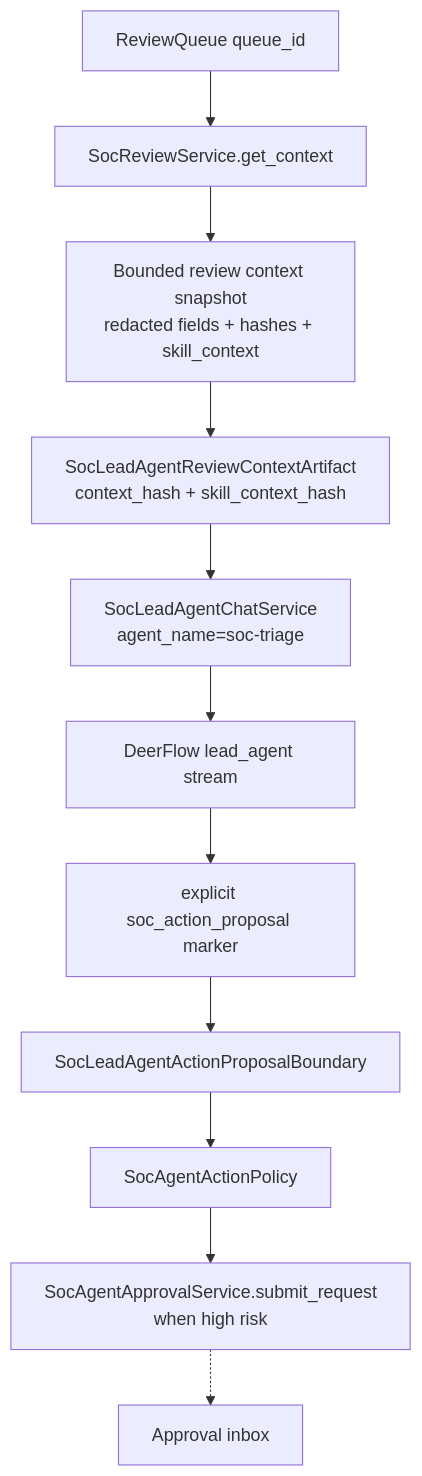
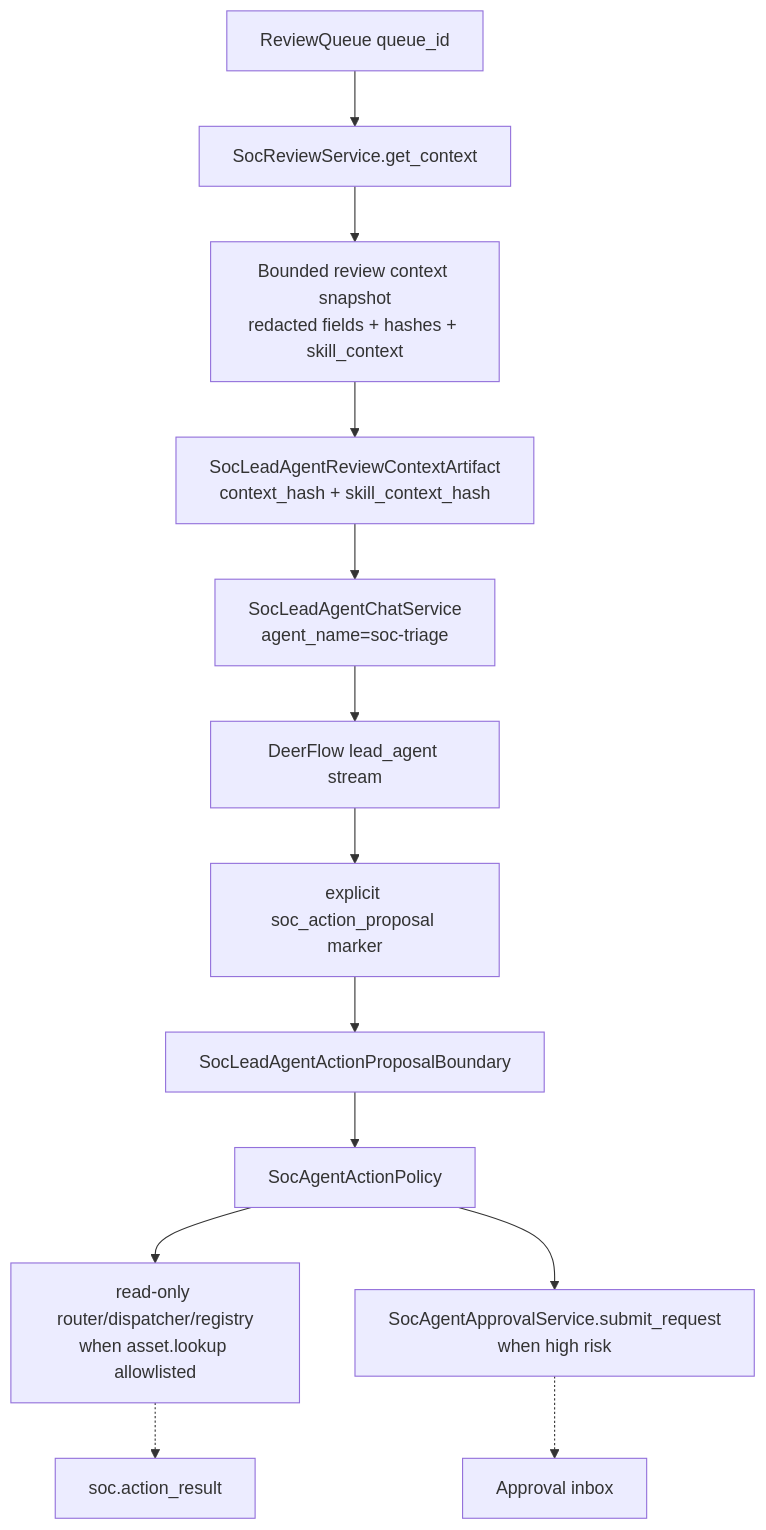
One commit to yydspanda/deer-flow changed the third of 8 diagrams in .notes/ai_soc/alert-lifecycle-flow.md. Above: the diagram before and after it, drawn with Mermaid. The commit also changed other lines of this file and 10 other files, not shown here.

Commit message:
Bridge SOC lead agent read-only action proposals

````diff
--- a/.notes/ai_soc/alert-lifecycle-flow.md
+++ b/.notes/ai_soc/alert-lifecycle-flow.md
@@ -110,14 +110,16 @@
 ```mermaid
 flowchart TD
     QueueId["ReviewQueue queue_id"] --> ReviewService["SocReviewService.get_context"]
     ReviewService --> Snapshot["Bounded review context snapshot\nredacted fields + hashes + skill_context"]
     Snapshot --> Artifact["SocLeadAgentReviewContextArtifact\ncontext_hash + skill_context_hash"]
     Artifact --> LeadEntry["SocLeadAgentChatService\nagent_name=soc-triage"]
     LeadEntry --> DeerFlowLead["DeerFlow lead_agent stream"]
 
     DeerFlowLead --> Proposal["explicit soc_action_proposal marker"]
     Proposal --> Boundary["SocLeadAgentActionProposalBoundary"]
     Boundary --> Policy["SocAgentActionPolicy"]
+    Policy --> ReadOnly["read-only router/dispatcher/registry\nwhen asset.lookup allowlisted"]
+    ReadOnly -.-> ActionResult["soc.action_result"]
     Policy --> Approval["SocAgentApprovalService.submit_request\nwhen high risk"]
     Approval -.-> Inbox["Approval inbox"]
 ```
````
